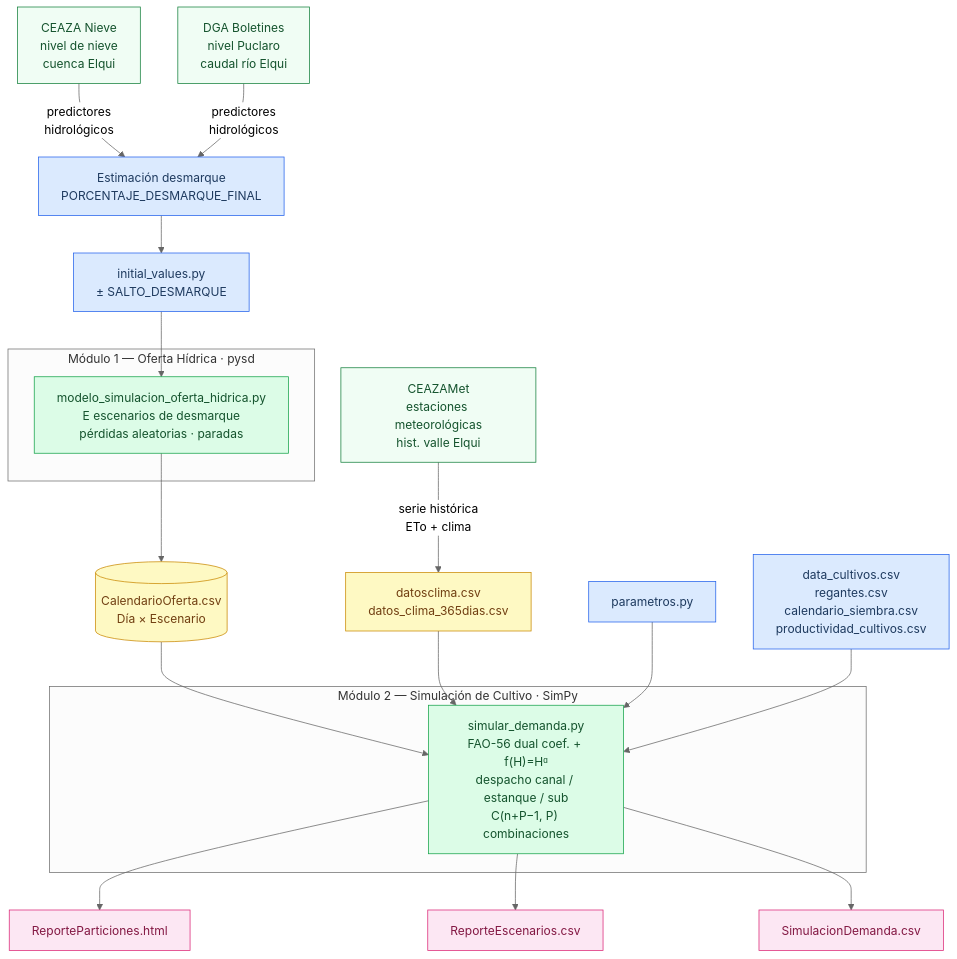
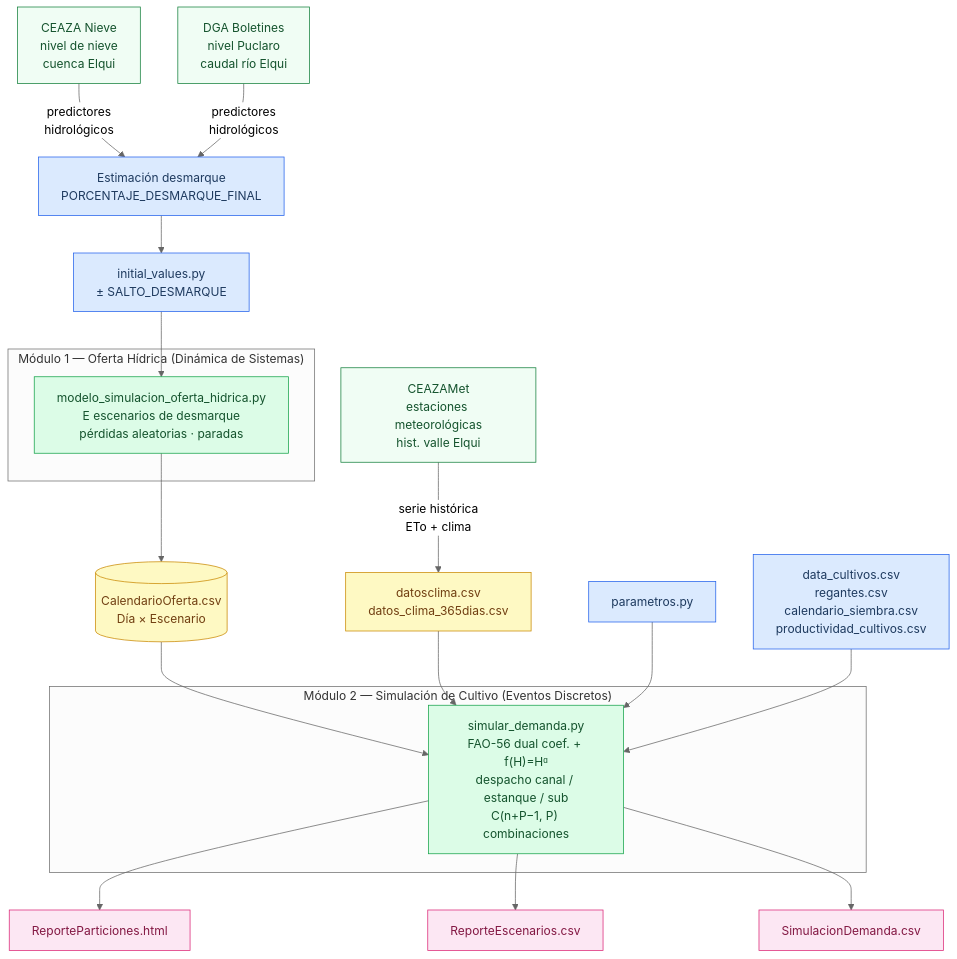
The fourth of 4 diagrams in README.md (toniesky/Simulaci-n-multiparadigma-cultivo), drawn with Mermaid (neutral theme) before and after one commit. The commit also changed other lines of this file, not shown here.

````diff
--- a/README.md
+++ b/README.md
@@ -598,45 +600,45 @@
 ```mermaid
 flowchart TD
  classDef src fill:#f0fdf4,stroke:#15803d,color:#14532d
  classDef cfg fill:#dbeafe,stroke:#2563eb,color:#1e3a5f
  classDef proc fill:#dcfce7,stroke:#16a34a,color:#14532d
  classDef data fill:#fef9c3,stroke:#ca8a04,color:#713f12
  classDef out fill:#fce7f3,stroke:#db2777,color:#831843
 
  %% Fuentes de datos externas 
  CEAZAMET["CEAZAMet\nestaciones meteorológicas\nhist. valle Elqui"]:::src
  NIEVE["CEAZA Nieve\nnivel de nieve\ncuenca Elqui"]:::src
  DGA["DGA Boletines\nnivel Puclaro\ncaudal río Elqui"]:::src
 
  %% Preparación de entradas 
  CEAZAMET -->|"serie histórica\nETo + clima"| CLIMA["datosclima.csv\ndatos_clima_365dias.csv"]:::data
  NIEVE -->|"predictores\nhidrológicos"| EST["Estimación desmarque\nPORCENTAJE_DESMARQUE_FINAL"]:::cfg
  DGA -->|"predictores\nhidrológicos"| EST
 
  %% Módulo 1: Oferta Hídrica 
  EST --> IV["initial_values.py\n± SALTO_DESMARQUE"]:::cfg
 
- subgraph MOH["Módulo 1 — Oferta Hídrica · pysd"]
+ subgraph MOH["Módulo 1 — Oferta Hídrica (Dinámica de Sistemas)"]
  MSA["modelo_simulacion_oferta_hidrica.py\nE escenarios de desmarque\npérdidas aleatorias · paradas"]:::proc
  end
 
  IV --> MSA
  MSA --> CO[("CalendarioOferta.csv\nDía × Escenario")]:::data
 
  %% Módulo 2: Simulación de Cultivo 
  PAR["parametros.py"]:::cfg
  INP["data_cultivos.csv\nregantes.csv\ncalendario_siembra.csv\nproductividad_cultivos.csv"]:::cfg
 
- subgraph MSC["Módulo 2 — Simulación de Cultivo · SimPy"]
+ subgraph MSC["Módulo 2 — Simulación de Cultivo (Eventos Discretos)"]
  SIM["simular_demanda.py\nFAO-56 dual coef. + f(H)=Hᵅ\ndespacho canal / estanque / sub\nC(n+P−1, P) combinaciones"]:::proc
  end
 
  CO --> SIM
  CLIMA --> SIM
  PAR --> SIM
  INP --> SIM
 
  SIM --> HTML["ReporteParticiones.html"]:::out
  SIM --> R1["ReporteEscenarios.csv"]:::out
  SIM --> R2["SimulacionDemanda.csv"]:::out
 ```
````
